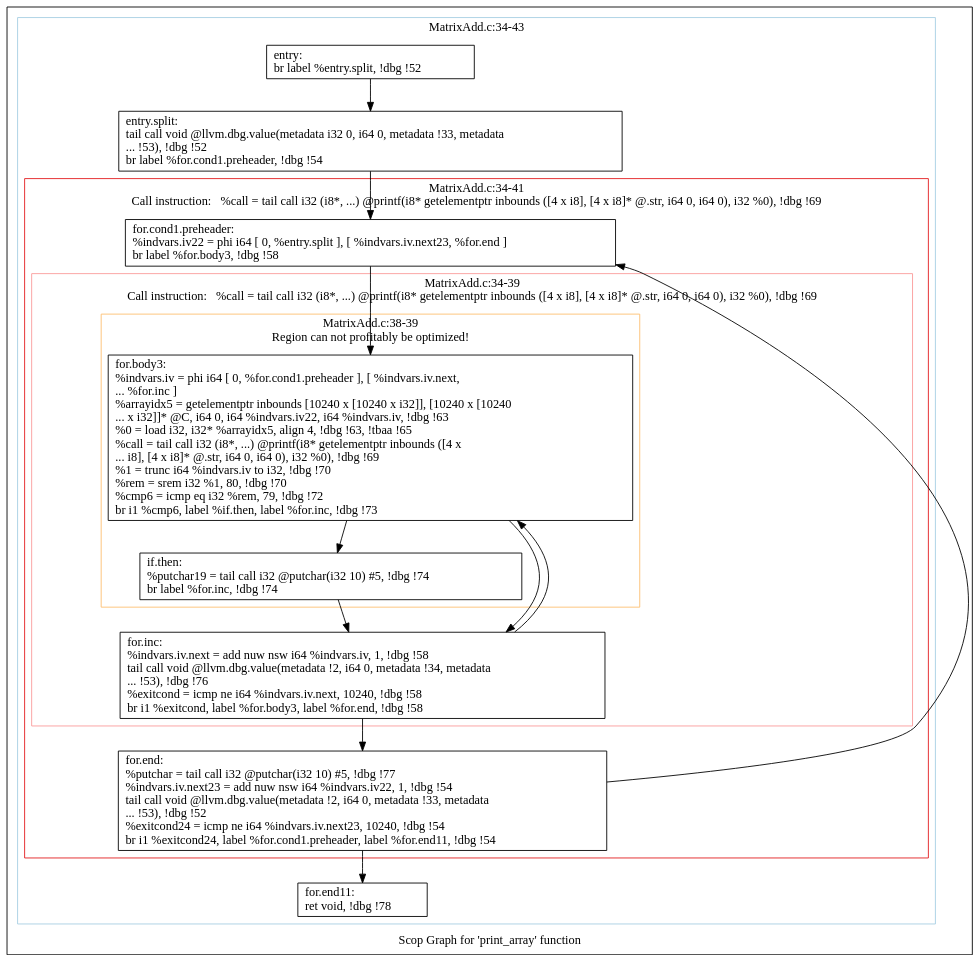
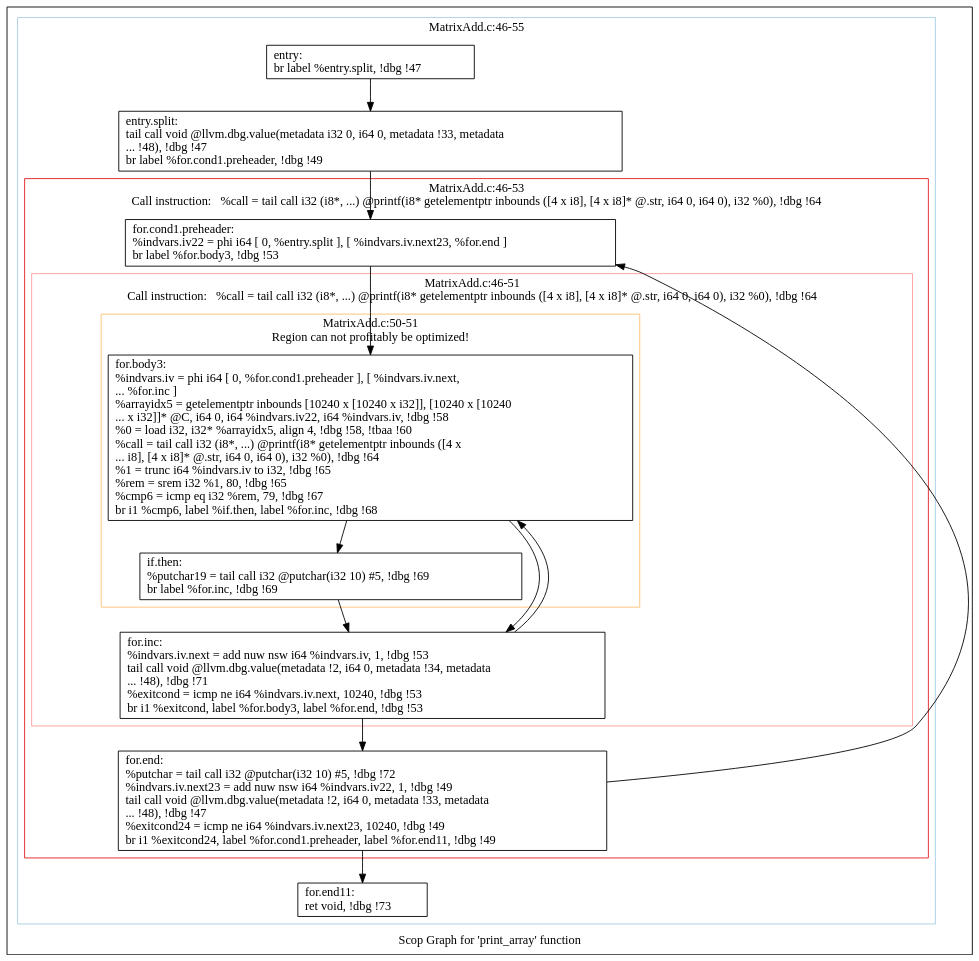
The diagram in polly/MatrixAdd/impl/handwritten/dot/scops.print_array.dot (samminweng/WhileyOpenCL), drawn with Graphviz before and after one commit. The commit also changed 25 other files, not shown here.

```diff
--- a/polly/MatrixAdd/impl/handwritten/dot/scops.print_array.dot
+++ b/polly/MatrixAdd/impl/handwritten/dot/scops.print_array.dot
@@ -1,55 +1,55 @@
 digraph "Scop Graph for 'print_array' function" {
 	label="Scop Graph for 'print_array' function";
 
-	Node0x9e20a30 [shape=record,label="{entry:\l  br label %entry.split, !dbg !52\l}"];
-	Node0x9e20a30 -> Node0x9e14a40;
-	Node0x9e14a40 [shape=record,label="{entry.split:                                      \l  tail call void @llvm.dbg.value(metadata i32 0, i64 0, metadata !33, metadata\l... !53), !dbg !52\l  br label %for.cond1.preheader, !dbg !54\l}"];
-	Node0x9e14a40 -> Node0x9e1cb00;
-	Node0x9e1cb00 [shape=record,label="{for.cond1.preheader:                              \l  %indvars.iv22 = phi i64 [ 0, %entry.split ], [ %indvars.iv.next23, %for.end ]\l  br label %for.body3, !dbg !58\l}"];
-	Node0x9e1cb00 -> Node0x9e1cbe0;
-	Node0x9e1cbe0 [shape=record,label="{for.body3:                                        \l  %indvars.iv = phi i64 [ 0, %for.cond1.preheader ], [ %indvars.iv.next,\l... %for.inc ]\l  %arrayidx5 = getelementptr inbounds [10240 x [10240 x i32]], [10240 x [10240\l... x i32]]* @C, i64 0, i64 %indvars.iv22, i64 %indvars.iv, !dbg !63\l  %0 = load i32, i32* %arrayidx5, align 4, !dbg !63, !tbaa !65\l  %call = tail call i32 (i8*, ...) @printf(i8* getelementptr inbounds ([4 x\l... i8], [4 x i8]* @.str, i64 0, i64 0), i32 %0), !dbg !69\l  %1 = trunc i64 %indvars.iv to i32, !dbg !70\l  %rem = srem i32 %1, 80, !dbg !70\l  %cmp6 = icmp eq i32 %rem, 79, !dbg !72\l  br i1 %cmp6, label %if.then, label %for.inc, !dbg !73\l}"];
-	Node0x9e1cbe0 -> Node0x9ef5a20;
-	Node0x9e1cbe0 -> Node0x9e20b20;
-	Node0x9ef5a20 [shape=record,label="{if.then:                                          \l  %putchar19 = tail call i32 @putchar(i32 10) #5, !dbg !74\l  br label %for.inc, !dbg !74\l}"];
-	Node0x9ef5a20 -> Node0x9e20b20;
-	Node0x9e20b20 [shape=record,label="{for.inc:                                          \l  %indvars.iv.next = add nuw nsw i64 %indvars.iv, 1, !dbg !58\l  tail call void @llvm.dbg.value(metadata !2, i64 0, metadata !34, metadata\l... !53), !dbg !76\l  %exitcond = icmp ne i64 %indvars.iv.next, 10240, !dbg !58\l  br i1 %exitcond, label %for.body3, label %for.end, !dbg !58\l}"];
-	Node0x9e20b20 -> Node0x9e1cbe0[constraint=false];
-	Node0x9e20b20 -> Node0x9f07900;
-	Node0x9f07900 [shape=record,label="{for.end:                                          \l  %putchar = tail call i32 @putchar(i32 10) #5, !dbg !77\l  %indvars.iv.next23 = add nuw nsw i64 %indvars.iv22, 1, !dbg !54\l  tail call void @llvm.dbg.value(metadata !2, i64 0, metadata !33, metadata\l... !53), !dbg !52\l  %exitcond24 = icmp ne i64 %indvars.iv.next23, 10240, !dbg !54\l  br i1 %exitcond24, label %for.cond1.preheader, label %for.end11, !dbg !54\l}"];
-	Node0x9f07900 -> Node0x9e1cb00[constraint=false];
-	Node0x9f07900 -> Node0x9e18420;
-	Node0x9e18420 [shape=record,label="{for.end11:                                        \l  ret void, !dbg !78\l}"];
+	Node0xa18e670 [shape=record,label="{entry:\l  br label %entry.split, !dbg !47\l}"];
+	Node0xa18e670 -> Node0xa0a7e30;
+	Node0xa0a7e30 [shape=record,label="{entry.split:                                      \l  tail call void @llvm.dbg.value(metadata i32 0, i64 0, metadata !33, metadata\l... !48), !dbg !47\l  br label %for.cond1.preheader, !dbg !49\l}"];
+	Node0xa0a7e30 -> Node0xa0a2730;
+	Node0xa0a2730 [shape=record,label="{for.cond1.preheader:                              \l  %indvars.iv22 = phi i64 [ 0, %entry.split ], [ %indvars.iv.next23, %for.end ]\l  br label %for.body3, !dbg !53\l}"];
+	Node0xa0a2730 -> Node0xa095f50;
+	Node0xa095f50 [shape=record,label="{for.body3:                                        \l  %indvars.iv = phi i64 [ 0, %for.cond1.preheader ], [ %indvars.iv.next,\l... %for.inc ]\l  %arrayidx5 = getelementptr inbounds [10240 x [10240 x i32]], [10240 x [10240\l... x i32]]* @C, i64 0, i64 %indvars.iv22, i64 %indvars.iv, !dbg !58\l  %0 = load i32, i32* %arrayidx5, align 4, !dbg !58, !tbaa !60\l  %call = tail call i32 (i8*, ...) @printf(i8* getelementptr inbounds ([4 x\l... i8], [4 x i8]* @.str, i64 0, i64 0), i32 %0), !dbg !64\l  %1 = trunc i64 %indvars.iv to i32, !dbg !65\l  %rem = srem i32 %1, 80, !dbg !65\l  %cmp6 = icmp eq i32 %rem, 79, !dbg !67\l  br i1 %cmp6, label %if.then, label %for.inc, !dbg !68\l}"];
+	Node0xa095f50 -> Node0xa09b810;
+	Node0xa095f50 -> Node0xa0a2f10;
+	Node0xa09b810 [shape=record,label="{if.then:                                          \l  %putchar19 = tail call i32 @putchar(i32 10) #5, !dbg !69\l  br label %for.inc, !dbg !69\l}"];
+	Node0xa09b810 -> Node0xa0a2f10;
+	Node0xa0a2f10 [shape=record,label="{for.inc:                                          \l  %indvars.iv.next = add nuw nsw i64 %indvars.iv, 1, !dbg !53\l  tail call void @llvm.dbg.value(metadata !2, i64 0, metadata !34, metadata\l... !48), !dbg !71\l  %exitcond = icmp ne i64 %indvars.iv.next, 10240, !dbg !53\l  br i1 %exitcond, label %for.body3, label %for.end, !dbg !53\l}"];
+	Node0xa0a2f10 -> Node0xa095f50[constraint=false];
+	Node0xa0a2f10 -> Node0xa11bd90;
+	Node0xa11bd90 [shape=record,label="{for.end:                                          \l  %putchar = tail call i32 @putchar(i32 10) #5, !dbg !72\l  %indvars.iv.next23 = add nuw nsw i64 %indvars.iv22, 1, !dbg !49\l  tail call void @llvm.dbg.value(metadata !2, i64 0, metadata !33, metadata\l... !48), !dbg !47\l  %exitcond24 = icmp ne i64 %indvars.iv.next23, 10240, !dbg !49\l  br i1 %exitcond24, label %for.cond1.preheader, label %for.end11, !dbg !49\l}"];
+	Node0xa11bd90 -> Node0xa0a2730[constraint=false];
+	Node0xa11bd90 -> Node0xa16c290;
+	Node0xa16c290 [shape=record,label="{for.end11:                                        \l  ret void, !dbg !73\l}"];
 	colorscheme = "paired12"
-        subgraph cluster_0x9e24400 {
-          label = "MatrixAdd.c:34-43
+        subgraph cluster_0xa18e6f0 {
+          label = "MatrixAdd.c:46-55
 ";
           style = solid;
           color = 1
-          subgraph cluster_0x9e149c0 {
-            label = "MatrixAdd.c:34-41
-Call instruction:   %call = tail call i32 (i8*, ...) @printf(i8* getelementptr inbounds ([4 x i8], [4 x i8]* @.str, i64 0, i64 0), i32 %0), !dbg !69";
+          subgraph cluster_0xa0ad340 {
+            label = "MatrixAdd.c:46-53
+Call instruction:   %call = tail call i32 (i8*, ...) @printf(i8* getelementptr inbounds ([4 x i8], [4 x i8]* @.str, i64 0, i64 0), i32 %0), !dbg !64";
             style = solid;
             color = 6
-            subgraph cluster_0x9e1cb60 {
-              label = "MatrixAdd.c:34-39
-Call instruction:   %call = tail call i32 (i8*, ...) @printf(i8* getelementptr inbounds ([4 x i8], [4 x i8]* @.str, i64 0, i64 0), i32 %0), !dbg !69";
+            subgraph cluster_0xa0a0db0 {
+              label = "MatrixAdd.c:46-51
+Call instruction:   %call = tail call i32 (i8*, ...) @printf(i8* getelementptr inbounds ([4 x i8], [4 x i8]* @.str, i64 0, i64 0), i32 %0), !dbg !64";
               style = solid;
               color = 5
-              subgraph cluster_0x9e1ca80 {
-                label = "MatrixAdd.c:38-39
+              subgraph cluster_0xa1851b0 {
+                label = "MatrixAdd.c:50-51
 Region can not profitably be optimized!";
                 style = solid;
                 color = 7
-                Node0x9e1cbe0;
-                Node0x9ef5a20;
+                Node0xa095f50;
+                Node0xa09b810;
               }
-              Node0x9e20b20;
+              Node0xa0a2f10;
             }
-            Node0x9e1cb00;
-            Node0x9f07900;
+            Node0xa0a2730;
+            Node0xa11bd90;
           }
-          Node0x9e20a30;
-          Node0x9e14a40;
-          Node0x9e18420;
+          Node0xa18e670;
+          Node0xa0a7e30;
+          Node0xa16c290;
         }
 }
```
